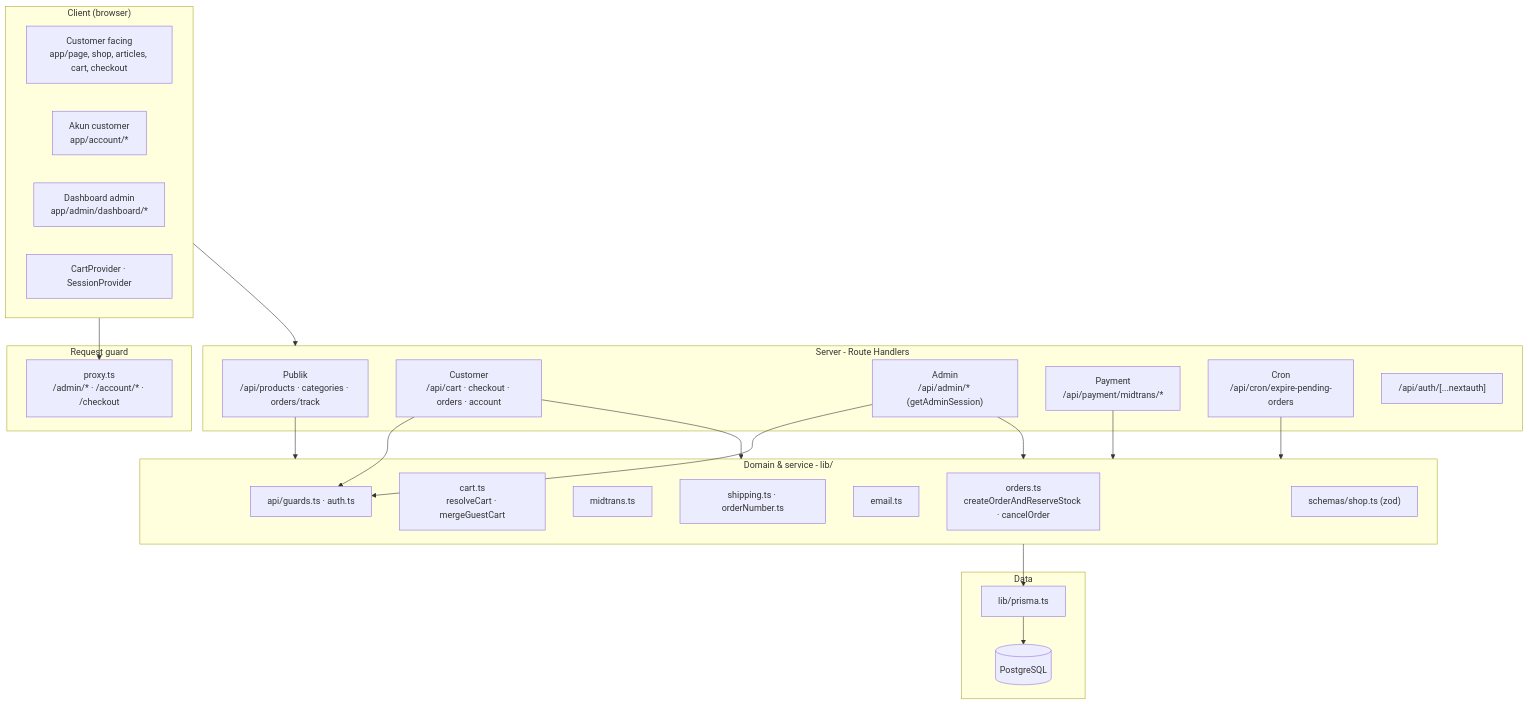
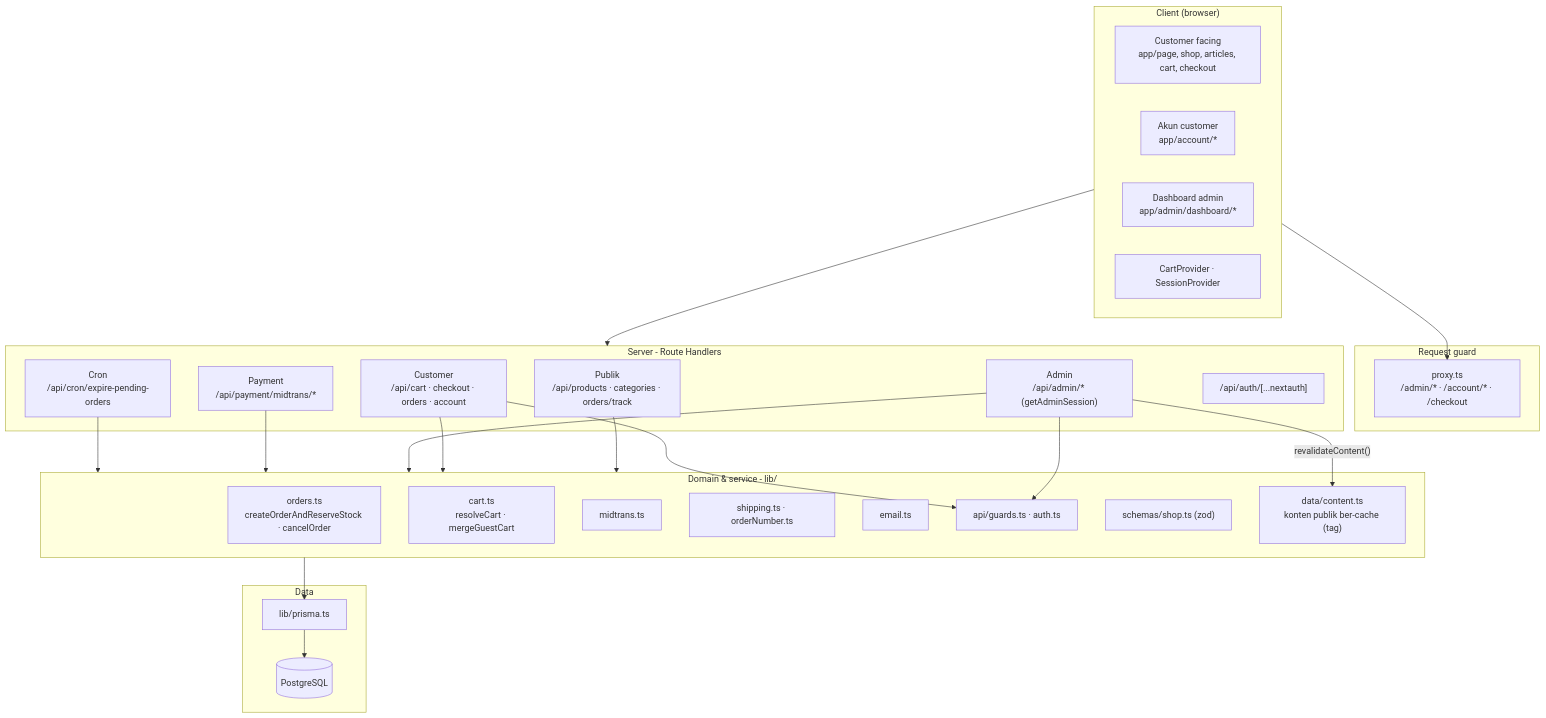
Before and after one commit to imamnura/zari-madu: the second of 4 diagrams in docs/engineering/ARCHITECTURE.md, drawn with Mermaid. The commit also changed other lines of this file and 28 other files, not shown here.

First line of the commit message:
perf(home): konten homepage dirender di server dengan data layer ber-cache (TD-10)

````diff
--- a/docs/engineering/ARCHITECTURE.md
+++ b/docs/engineering/ARCHITECTURE.md
@@ -46,44 +46,46 @@
 ```mermaid
 flowchart TB
     subgraph Client["Client (browser)"]
         CF["Customer facing<br/>app/page, shop, articles, cart, checkout"]
         ACC["Akun customer<br/>app/account/*"]
         ADM["Dashboard admin<br/>app/admin/dashboard/*"]
         CTX["CartProvider · SessionProvider"]
     end
 
     subgraph Edge["Request guard"]
         PX["proxy.ts<br/>/admin/* · /account/* · /checkout"]
     end
 
     subgraph Server["Server - Route Handlers"]
         PUB["Publik<br/>/api/products · categories · orders/track"]
         CUS["Customer<br/>/api/cart · checkout · orders · account"]
         ADMAPI["Admin<br/>/api/admin/* (getAdminSession)"]
         PAY["Payment<br/>/api/payment/midtrans/*"]
         CRON["Cron<br/>/api/cron/expire-pending-orders"]
         AUTH["/api/auth/[...nextauth]"]
     end
 
     subgraph Domain["Domain & service - lib/"]
         ORD["orders.ts<br/>createOrderAndReserveStock · cancelOrder"]
         CART["cart.ts<br/>resolveCart · mergeGuestCart"]
         MID["midtrans.ts"]
         SHP["shipping.ts · orderNumber.ts"]
         EML["email.ts"]
         GRD["api/guards.ts · auth.ts"]
         SCH["schemas/shop.ts (zod)"]
+        DAT["data/content.ts<br/>konten publik ber-cache (tag)"]
     end
 
     subgraph Data["Data"]
         PR["lib/prisma.ts"]
         PG[("PostgreSQL")]
     end
 
     Client --> PX
     Client --> Server
     PUB & CUS & ADMAPI & PAY & CRON --> Domain
     Domain --> PR --> PG
     ADMAPI --> GRD
+    ADMAPI -- "revalidateContent()" --> DAT
     CUS --> GRD
 ```
````
